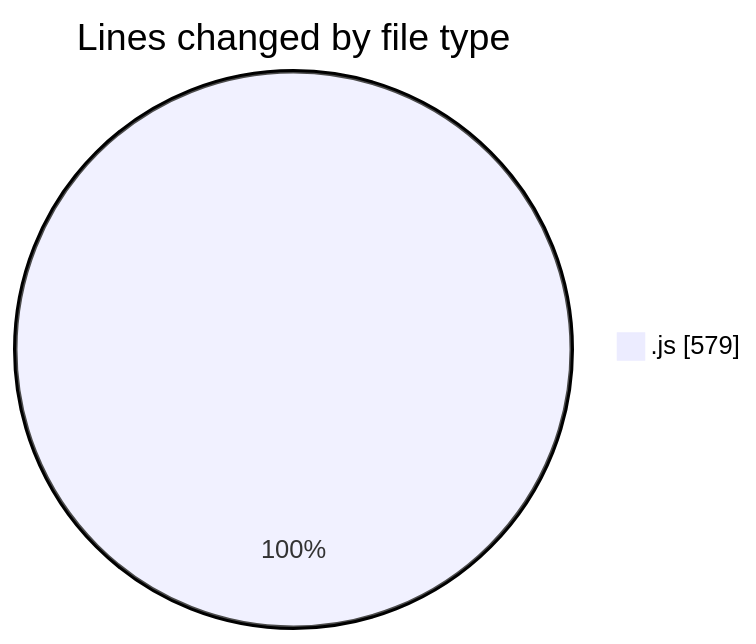
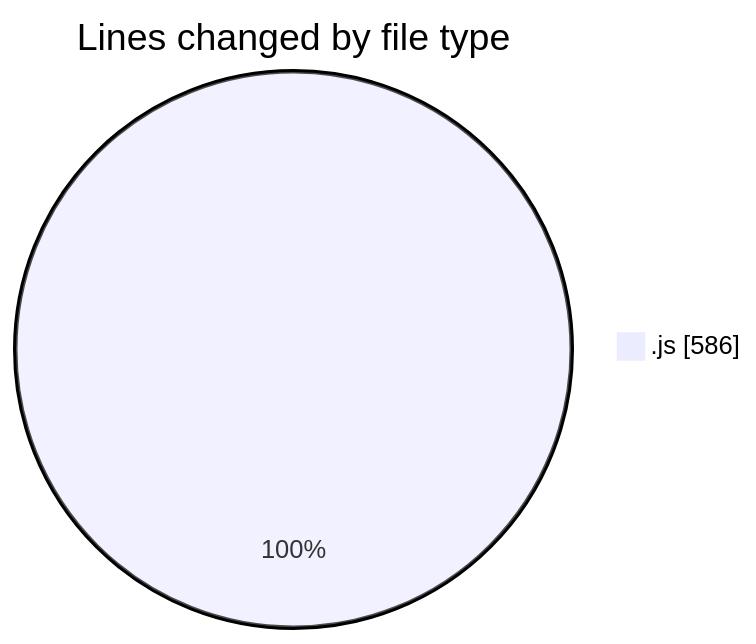
One commit to nxtqubesakshisongat/code-tracking changed the first of 2 diagrams in 2025-04-08/nxtqube_webapp/README.md. Above: the diagram before and after it, drawn with Mermaid. The commit also changed other lines of this file and 1 other file, not shown here.

````diff
--- a/2025-04-08/nxtqube_webapp/README.md
+++ b/2025-04-08/nxtqube_webapp/README.md
@@ -22,5 +22,5 @@
 ```mermaid
 pie showData
 title Lines changed by file type
-".js" : 579
+".js" : 586
 ```
````
